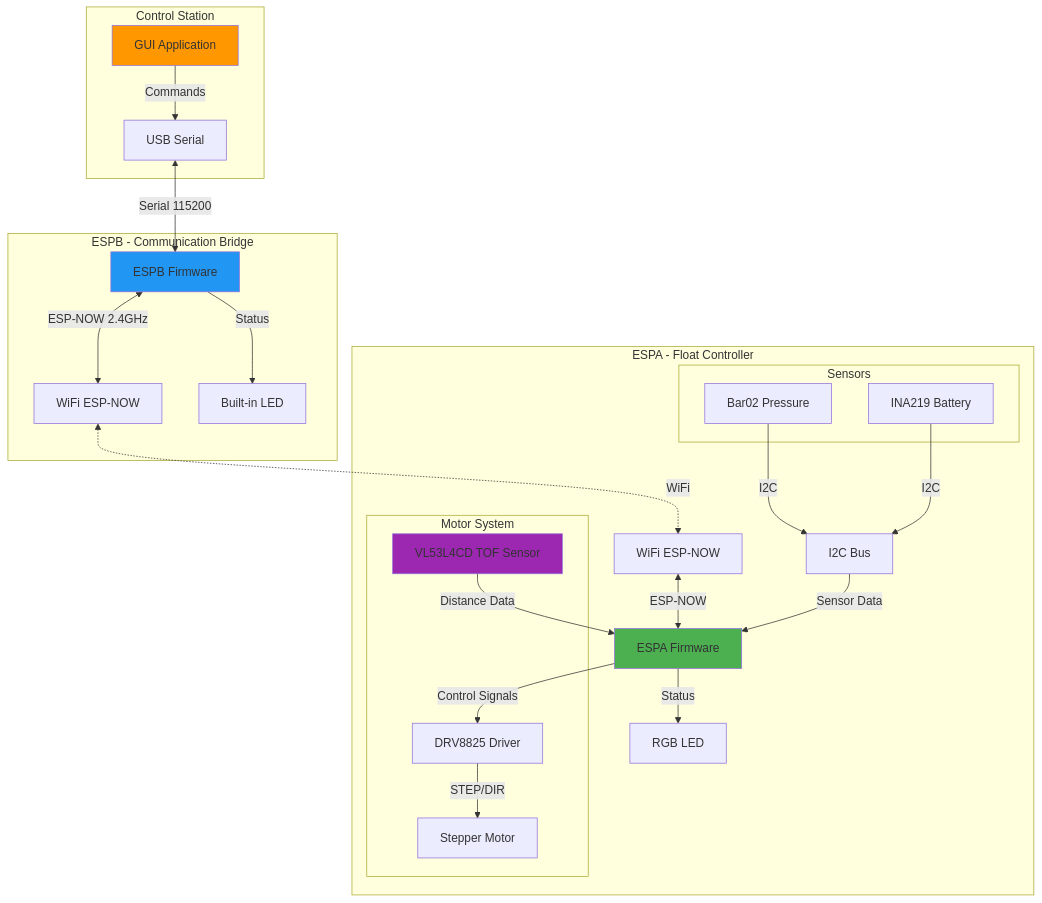
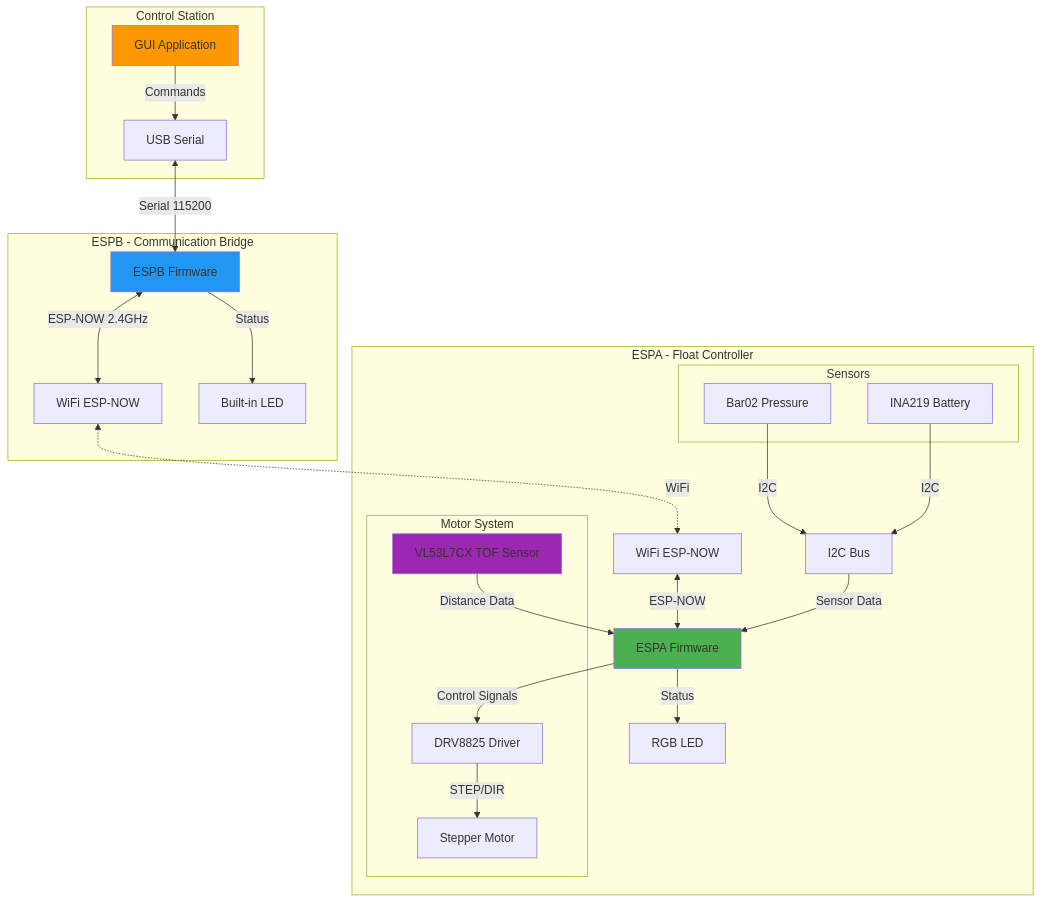
The first of 4 diagrams in README.md (PoliTOcean/Float_2025), drawn with Mermaid before and after one commit. The commit also changed other lines of this file, not shown here.

````diff
--- a/README.md
+++ b/README.md
@@ -169,54 +200,54 @@
 ```mermaid
 graph TB
     subgraph "Control Station"
         GUI[GUI Application]
         USB[USB Serial]
     end
     
     subgraph "ESPB - Communication Bridge"
         ESPB_FW[ESPB Firmware]
         ESPB_WiFi[WiFi ESP-NOW]
         ESPB_LED[Built-in LED]
     end
     
     subgraph "ESPA - Float Controller"
         ESPA_FW[ESPA Firmware]
         ESPA_WiFi[WiFi ESP-NOW]
         
         subgraph "Motor System"
             DRV8825[DRV8825 Driver]
             STEPPER[Stepper Motor]
-            TOF[VL53L4CD TOF Sensor]
+            TOF[VL53L7CX TOF Sensor]
         end
         
         subgraph "Sensors"
             BAR02[Bar02 Pressure]
             INA219[INA219 Battery]
         end
         
         RGB[RGB LED]
         I2C[I2C Bus]
     end
     
     GUI -->|Commands| USB
     USB <-->|Serial 115200| ESPB_FW
     ESPB_FW <-->|ESP-NOW 2.4GHz| ESPB_WiFi
     ESPB_WiFi <-.->|WiFi| ESPA_WiFi
     ESPA_WiFi <-->|ESP-NOW| ESPA_FW
     
     ESPA_FW -->|Control Signals| DRV8825
     DRV8825 -->|STEP/DIR| STEPPER
     TOF -->|Distance Data| ESPA_FW
     
     BAR02 -->|I2C| I2C
     INA219 -->|I2C| I2C
     I2C -->|Sensor Data| ESPA_FW
     
     ESPA_FW -->|Status| RGB
     ESPB_FW -->|Status| ESPB_LED
     
     style ESPA_FW fill:#4CAF50
     style ESPB_FW fill:#2196F3
     style GUI fill:#FF9800
     style TOF fill:#9C27B0
 ```
````
